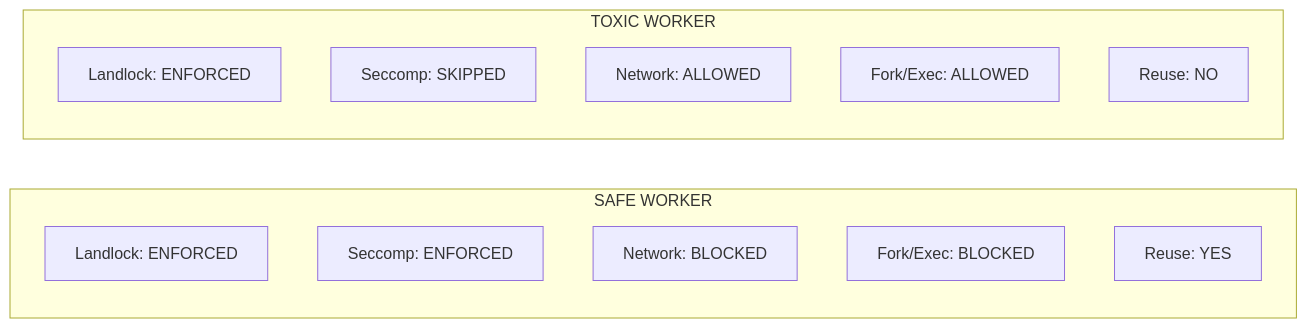
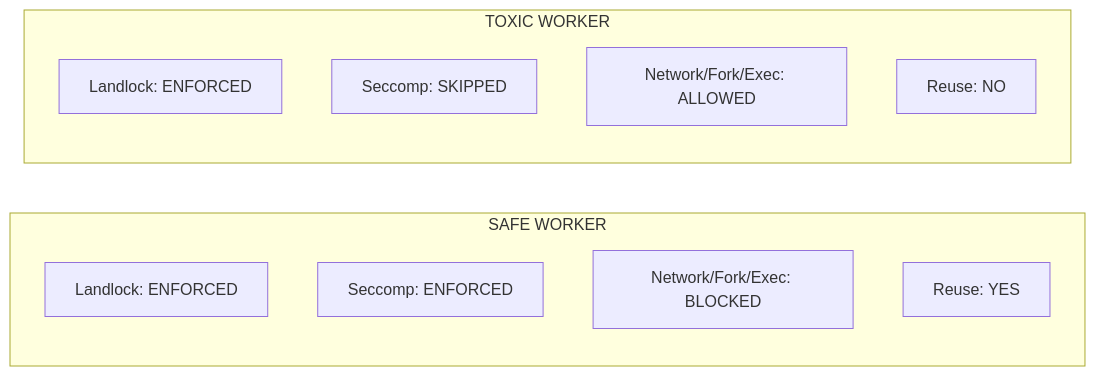
One commit to NikkeTryHard/tach-core changed the third of 3 diagrams in docs/architecture/sandbox.md. Above: the diagram before and after it, drawn with Mermaid. The commit also changed other lines of this file and 34 other files, not shown here.

````diff
--- a/docs/architecture/sandbox.md
+++ b/docs/architecture/sandbox.md
@@ -234,18 +224,16 @@
 ```mermaid
 flowchart LR
     subgraph Safe["SAFE WORKER"]
         S1["Landlock: ENFORCED"]
         S2["Seccomp: ENFORCED"]
-        S3["Network: BLOCKED"]
-        S4["Fork/Exec: BLOCKED"]
-        S5["Reuse: YES"]
+        S3["Network/Fork/Exec: BLOCKED"]
+        S4["Reuse: YES"]
     end
 
     subgraph Toxic["TOXIC WORKER"]
         T1["Landlock: ENFORCED"]
         T2["Seccomp: SKIPPED"]
-        T3["Network: ALLOWED"]
-        T4["Fork/Exec: ALLOWED"]
-        T5["Reuse: NO"]
+        T3["Network/Fork/Exec: ALLOWED"]
+        T4["Reuse: NO"]
     end
 ```
````
